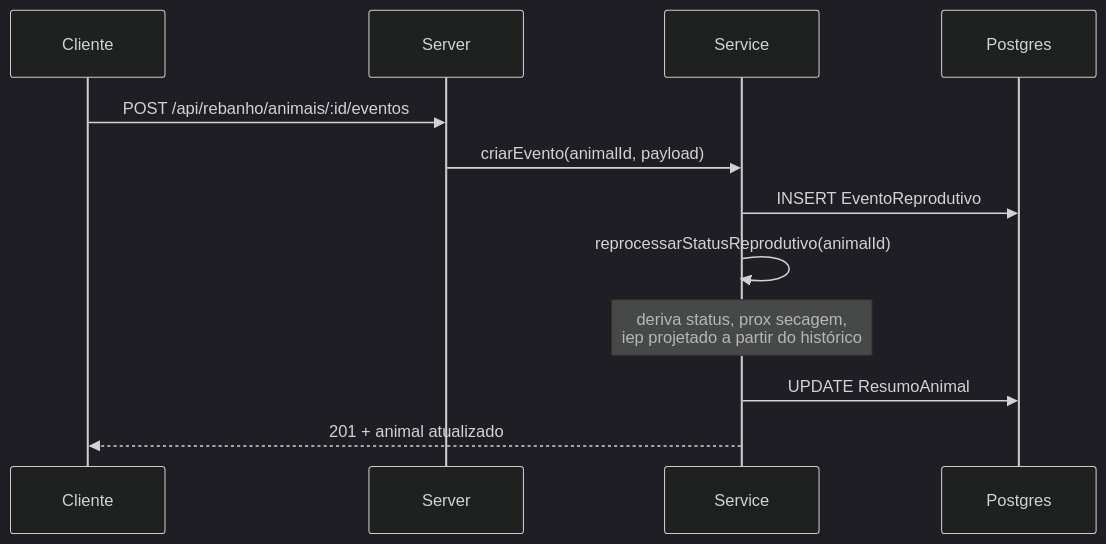
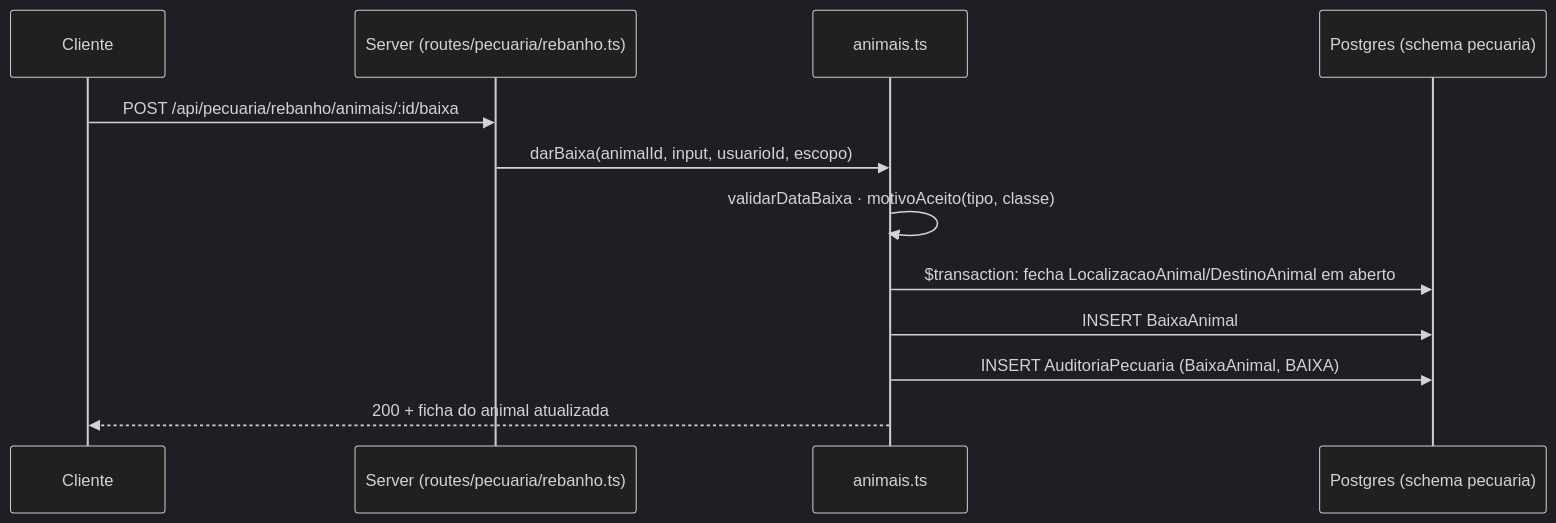
The fourth of 4 diagrams in ARCHITECTURE.md (somosvira/fazendinha), drawn with Mermaid (dark theme) before and after one commit. The commit also changed other lines of this file and 9 other files, not shown here.

````diff
--- a/ARCHITECTURE.md
+++ b/ARCHITECTURE.md
@@ -490,15 +475,15 @@
 ```mermaid
 sequenceDiagram
   participant C as Cliente
-  participant S as Server
-  participant SVC as Service
-  participant DB as Postgres
+  participant S as Server (routes/pecuaria/rebanho.ts)
+  participant SVC as animais.ts
+  participant DB as Postgres (schema pecuaria)
 
-  C->>S: POST /api/rebanho/animais/:id/eventos
-  S->>SVC: criarEvento(animalId, payload)
-  SVC->>DB: INSERT EventoReprodutivo
-  SVC->>SVC: reprocessarStatusReprodutivo(animalId)
-  Note over SVC: deriva status, prox secagem,<br/>iep projetado a partir do histórico
-  SVC->>DB: UPDATE ResumoAnimal
-  SVC-->>C: 201 + animal atualizado
+  C->>S: POST /api/pecuaria/rebanho/animais/:id/baixa
+  S->>SVC: darBaixa(animalId, input, usuarioId, escopo)
+  SVC->>SVC: validarDataBaixa · motivoAceito(tipo, classe)
+  SVC->>DB: $transaction: fecha LocalizacaoAnimal/DestinoAnimal em aberto
+  SVC->>DB: INSERT BaixaAnimal
+  SVC->>DB: INSERT AuditoriaPecuaria (BaixaAnimal, BAIXA)
+  SVC-->>C: 200 + ficha do animal atualizada
 ```
````
